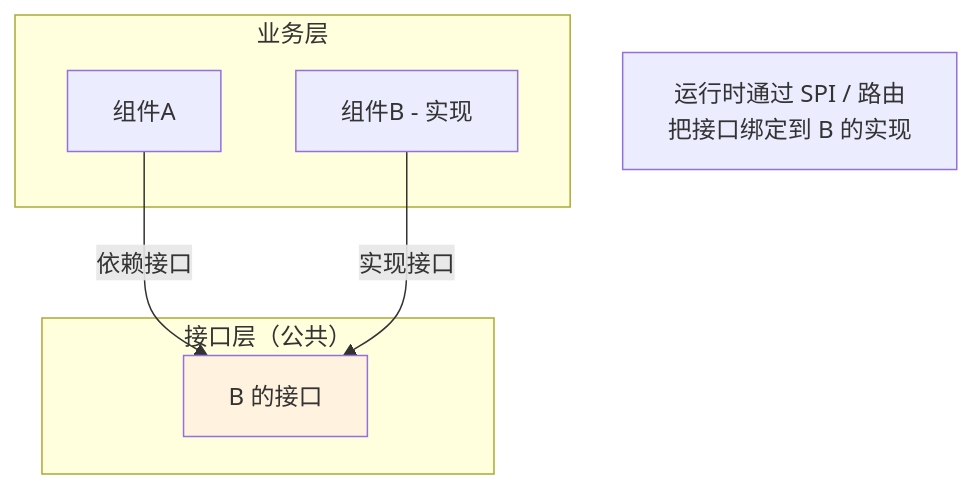
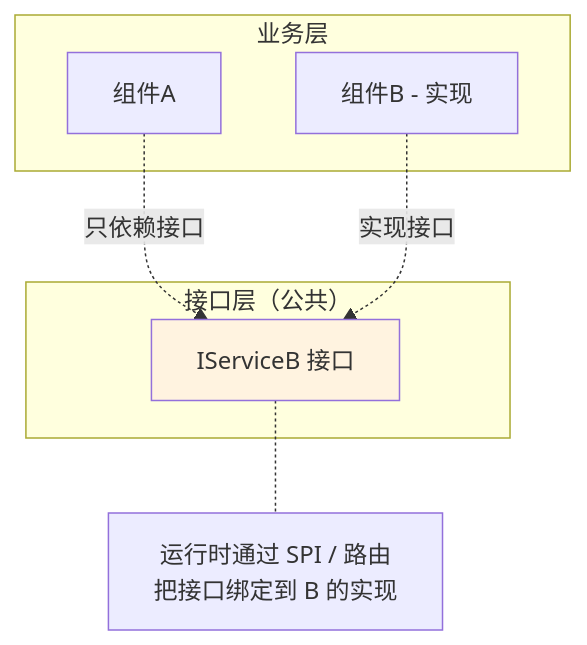
One commit to chongyang211/YCBookBlog changed the fourth of 10 diagrams in docs/10.真经/05.方案设计思想/02.组件化方案的设计.md. Above: the diagram before and after it, drawn with Mermaid. The commit also changed other lines of this file and 36 other files, not shown here.

````diff
--- a/docs/10.真经/05.方案设计思想/02.组件化方案的设计.md
+++ b/docs/10.真经/05.方案设计思想/02.组件化方案的设计.md
@@ -254,18 +406,19 @@
 ```mermaid
 graph TB
     subgraph "业务层"
         A[组件A]
         B[组件B - 实现]
     end
     
     subgraph "接口层（公共）"
-        IB[B 的接口]
+        IB[IServiceB 接口]
     end
     
-    A -->|依赖接口| IB
-    B -->|实现接口| IB
+    A -.只依赖接口.-> IB
+    B -.实现接口.-> IB
     
-    Note[运行时通过 SPI / 路由<br/>把接口绑定到 B 的实现]
+    Runtime[运行时通过 SPI / 路由<br/>把接口绑定到 B 的实现]
+    IB -.- Runtime
     
     style IB fill:#fff3e0
 ```
````
